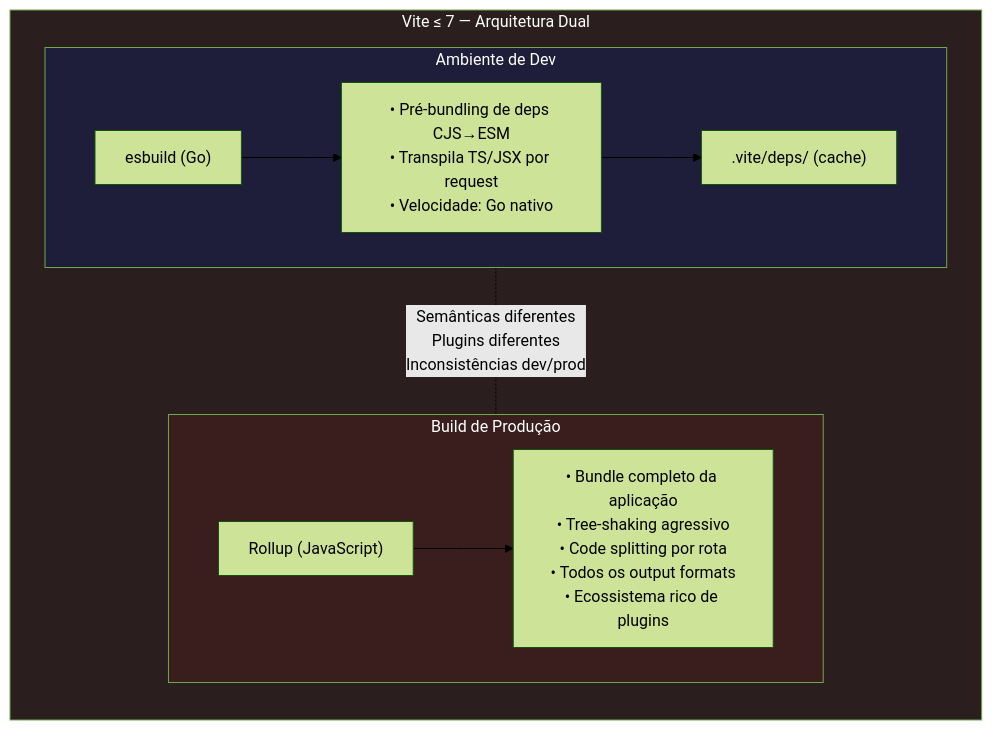
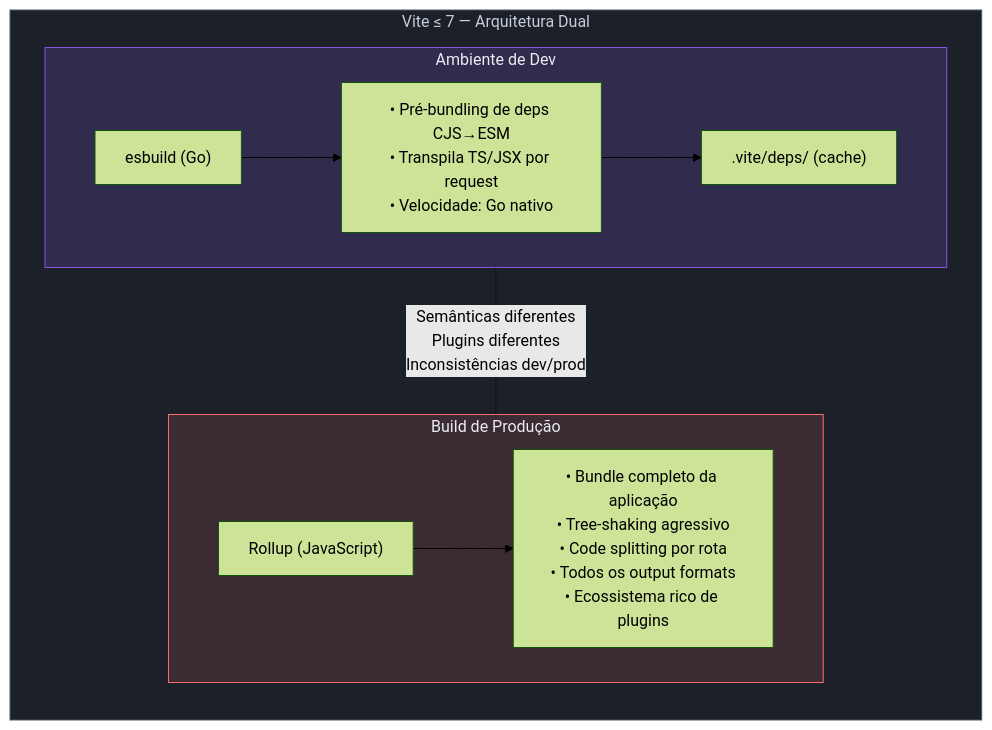
Before and after one commit to josenaldo/codex-technomanticus: the first of 9 diagrams in 03-Dominios/Tecnologia/Tooling e Build/13 - Vite a fundo.md, drawn with Mermaid (forest theme). The commit also changed other lines of this file and 1181 other files, not shown here.

First line of the commit message:
fix(diagramas): paleta do sistema no lugar de cor cravada no markdown

````diff
--- a/03-Dominios/Tecnologia/Tooling e Build/13 - Vite a fundo.md
+++ b/03-Dominios/Tecnologia/Tooling e Build/13 - Vite a fundo.md
@@ -44,25 +44,28 @@
 ```mermaid
 graph TB
+    classDef neutro fill:#1B2029,stroke:#4E5666,color:#C6CCD8
+    classDef marca fill:#8855DF33,stroke:#8855DF,color:#E9ECF2
+    classDef falha fill:#FF6B6B24,stroke:#FF6B6B,color:#E9ECF2
     subgraph VITE7["Vite ≤ 7 — Arquitetura Dual"]
         direction TB
 
         subgraph DEV["Ambiente de Dev"]
             D1["esbuild (Go)"]
             D2["• Pré-bundling de deps CJS→ESM\n• Transpila TS/JSX por request\n• Velocidade: Go nativo"]
             D3[".vite/deps/ (cache)"]
             D1 --> D2 --> D3
         end
 
         subgraph BUILD["Build de Produção"]
             P1["Rollup (JavaScript)"]
             P2["• Bundle completo da aplicação\n• Tree-shaking agressivo\n• Code splitting por rota\n• Todos os output formats\n• Ecossistema rico de plugins"]
             P1 --> P2
         end
 
         DEV -. "Semânticas diferentes\nPlugins diferentes\nInconsistências dev/prod" .- BUILD
     end
 
-    style VITE7 fill:#2a1e1e,color:#fff
-    style DEV fill:#1e1e3a,color:#fff
-    style BUILD fill:#3a1e1e,color:#fff
+    class VITE7 neutro
+    class DEV marca
+    class BUILD falha
 ```
````
